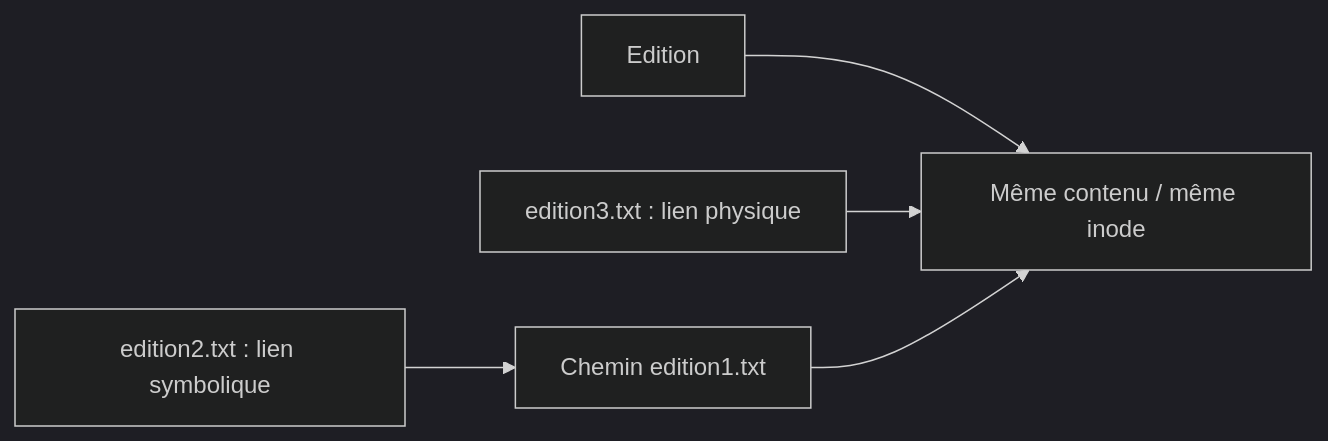
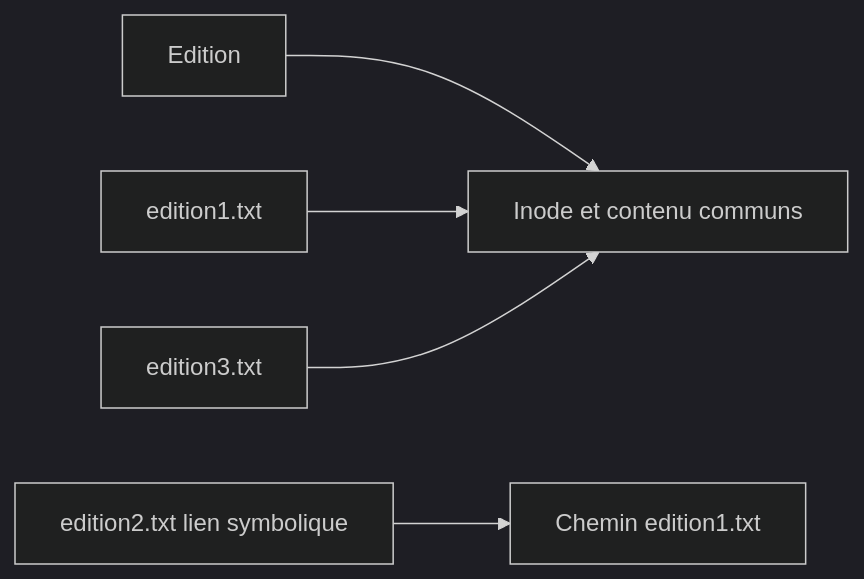
One commit to sk34pk25/tssr-cours changed the diagram in docs/modules/04-utilisation-gnu-linux/module-05-lire-des-fichiers-et-gerer-les-liens.md. Above: the diagram before and after it, drawn with Mermaid (dark theme). The commit also changed other lines of this file and 132 other files, not shown here.

````diff
--- a/docs/modules/04-utilisation-gnu-linux/module-05-lire-des-fichiers-et-gerer-les-liens.md
+++ b/docs/modules/04-utilisation-gnu-linux/module-05-lire-des-fichiers-et-gerer-les-liens.md
@@ -71,7 +32,7 @@
 ```mermaid
 flowchart LR
- A["Edition"] --> I["Même contenu / même inode"]
- B["edition3.txt : lien physique"] --> I
- C["edition2.txt : lien symbolique"] --> P["Chemin edition1.txt"]
- P --> I
+    A[Edition] --> I[Inode et contenu communs]
+    B[edition1.txt] --> I
+    C[edition3.txt] --> I
+    S[edition2.txt lien symbolique] --> P[Chemin edition1.txt]
 ```
````
